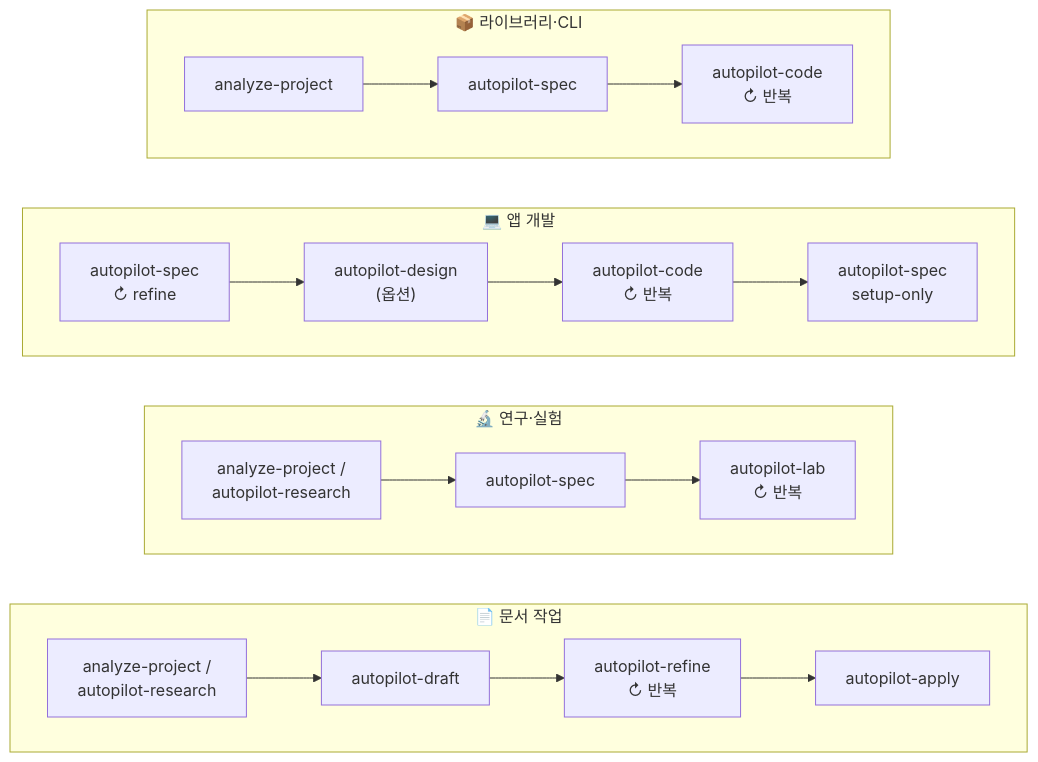
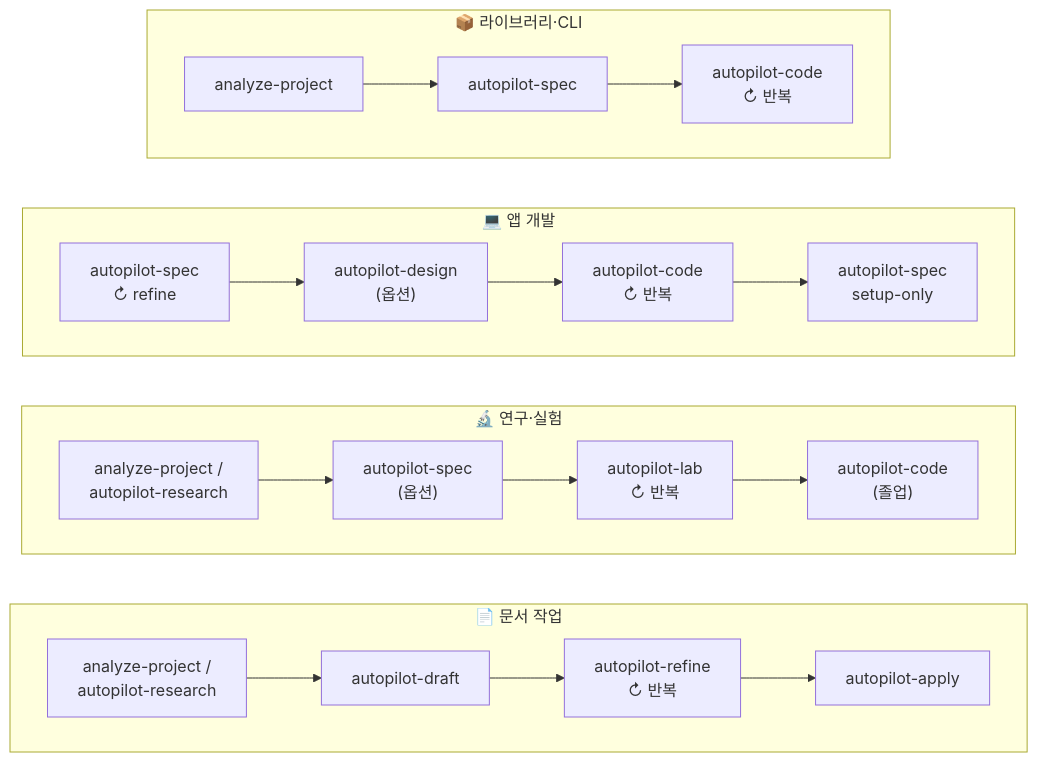
One commit to dmlguq456/agent_setting changed the first of 3 diagrams in README.md. Above: the diagram before and after it, drawn with Mermaid. The commit also changed other lines of this file and 1 other file, not shown here.

First line of the commit message:
fix(readme): 연구·실험 트랙에 autopilot-code 졸업 자리 추가

````diff
--- a/README.md
+++ b/README.md
@@ -32,19 +32,19 @@
 ```mermaid
 flowchart LR
     subgraph DOC["📄 문서 작업"]
         direction LR
         d1["analyze-project /<br/>autopilot-research"] --> d2[autopilot-draft] --> d3["autopilot-refine<br/>↻ 반복"] --> d4[autopilot-apply]
     end
     subgraph EXP["🔬 연구·실험"]
         direction LR
-        e1["analyze-project /<br/>autopilot-research"] --> e2[autopilot-spec] --> e3["autopilot-lab<br/>↻ 반복"]
+        e1["analyze-project /<br/>autopilot-research"] --> e2["autopilot-spec<br/>(옵션)"] --> e3["autopilot-lab<br/>↻ 반복"] --> e4["autopilot-code<br/>(졸업)"]
     end
     subgraph APPDEV["💻 앱 개발"]
         direction LR
         a1["autopilot-spec<br/>↻ refine"] --> a2["autopilot-design<br/>(옵션)"] --> a3["autopilot-code<br/>↻ 반복"] --> a4["autopilot-spec<br/>setup-only"]
     end
     subgraph LIB["📦 라이브러리·CLI"]
         direction LR
         l1[analyze-project] --> l2[autopilot-spec] --> l3["autopilot-code<br/>↻ 반복"]
     end
 ```
````
